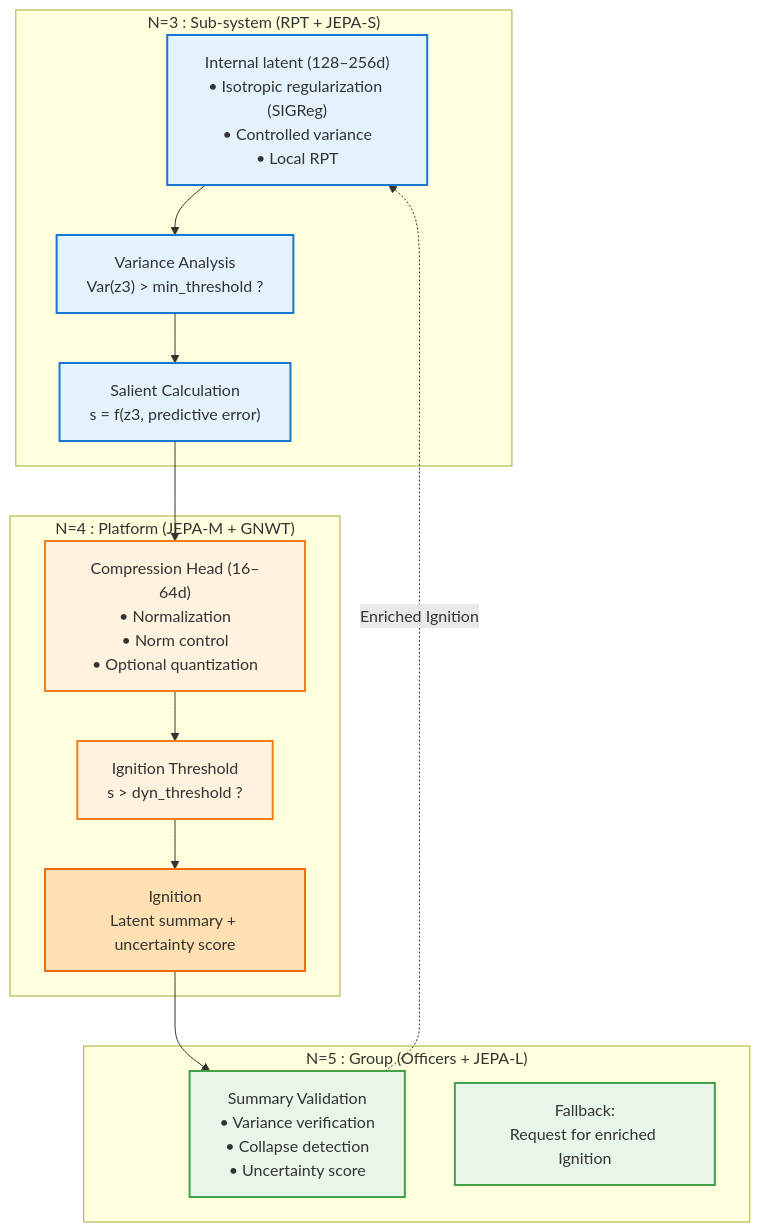
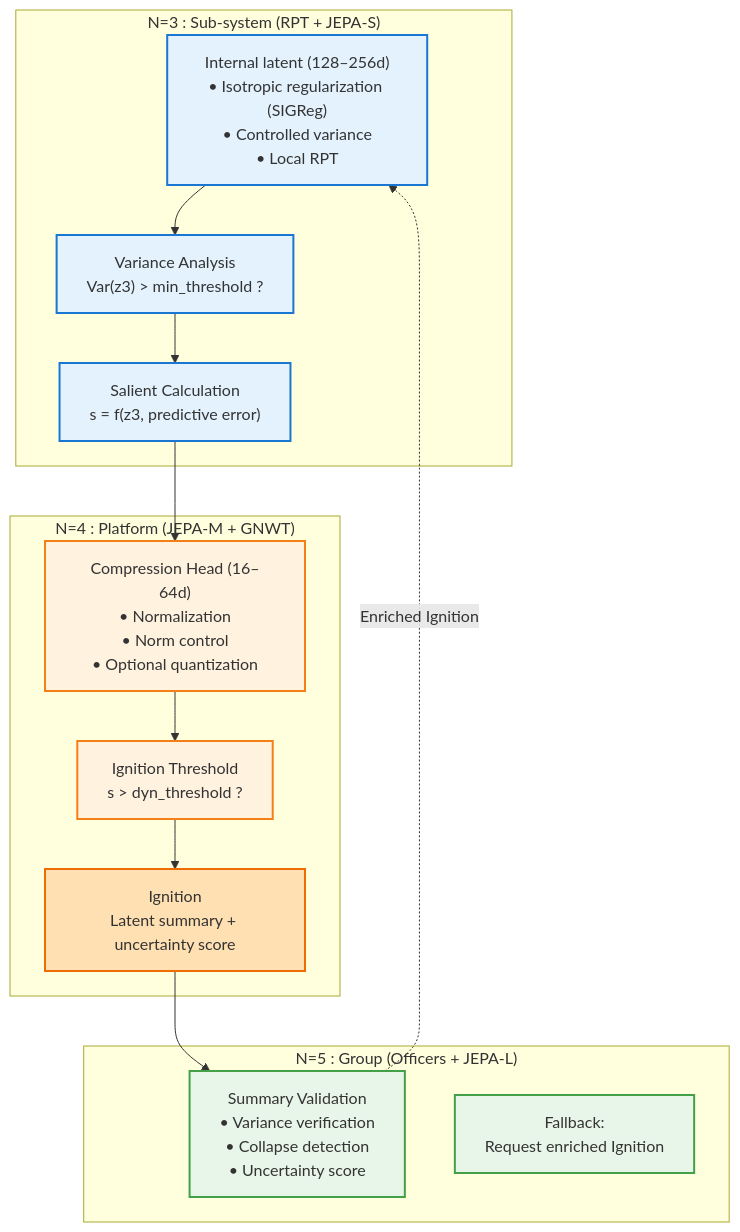
Before and after one commit to AlainCo/GNWT-Garrigue-X-en: the ninth of 9 diagrams in architecture/architecture.md, drawn with Mermaid. The commit also changed other lines of this file and 23 other files, not shown here.

````diff
--- a/architecture/architecture.md
+++ b/architecture/architecture.md
@@ -198,38 +198,38 @@
 ```mermaid
 flowchart TD
 
     %% --- N3 : Latent interne ---
     subgraph N3 ["N=3 : Sub-system (RPT + JEPA-S)"]
         L3["Internal latent (128–256d)<br>• Isotropic regularization (SIGReg)<br>• Controlled variance<br>• Local RPT"]
         V3["Variance Analysis<br>Var(z3) > min_threshold ?"]
         S3["Salient Calculation<br>s = f(z3, predictive error)"]
     end
 
     %% --- N4 : Compression + Seuil d'Ignition ---
     subgraph N4 ["N=4 : Platform (JEPA-M + GNWT)"]
         T4["Compression Head (16–64d)<br>• Normalization<br>• Norm control<br>• Optional quantization"]
         Th4["Ignition Threshold<br>s > dyn_threshold ?"]
         I4["Ignition<br>Latent summary + uncertainty score"]
     end
 
     %% --- N5 : Validation + Fallback ---
     subgraph N5 ["N=5 : Group (Officers + JEPA-L)"]
         V5["Summary Validation<br>• Variance verification<br>• Collapse detection<br>• Uncertainty score"]
-        F5["Fallback:<br>Request for enriched Ignition"]
+        F5["Fallback:<br>Request enriched Ignition"]
     end
 
     %% --- Flux ---
     L3 --> V3 --> S3 --> T4 --> Th4 --> I4 --> V5
     V5 -.->|"Enriched Ignition"| L3
 
     %% --- Styles ---
     classDef latent fill:#e3f2fd,stroke:#1976d2,stroke-width:2px
     classDef comp fill:#fff3e0,stroke:#f57f17,stroke-width:2px
     classDef ign fill:#ffe0b2,stroke:#ef6c00,stroke-width:2px
     classDef val fill:#e8f5e9,stroke:#43a047,stroke-width:2px
 
     class L3,V3,S3 latent
     class T4,Th4 comp
     class I4 ign
     class V5,F5 val
 ```
````
